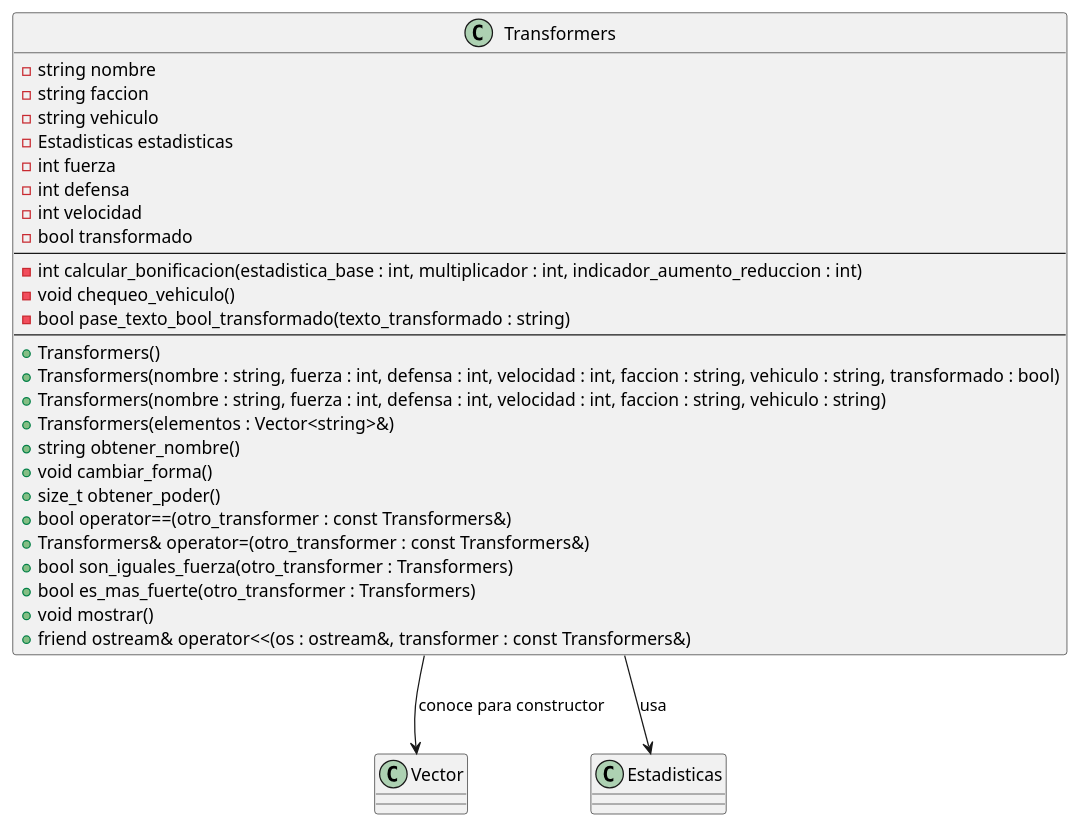
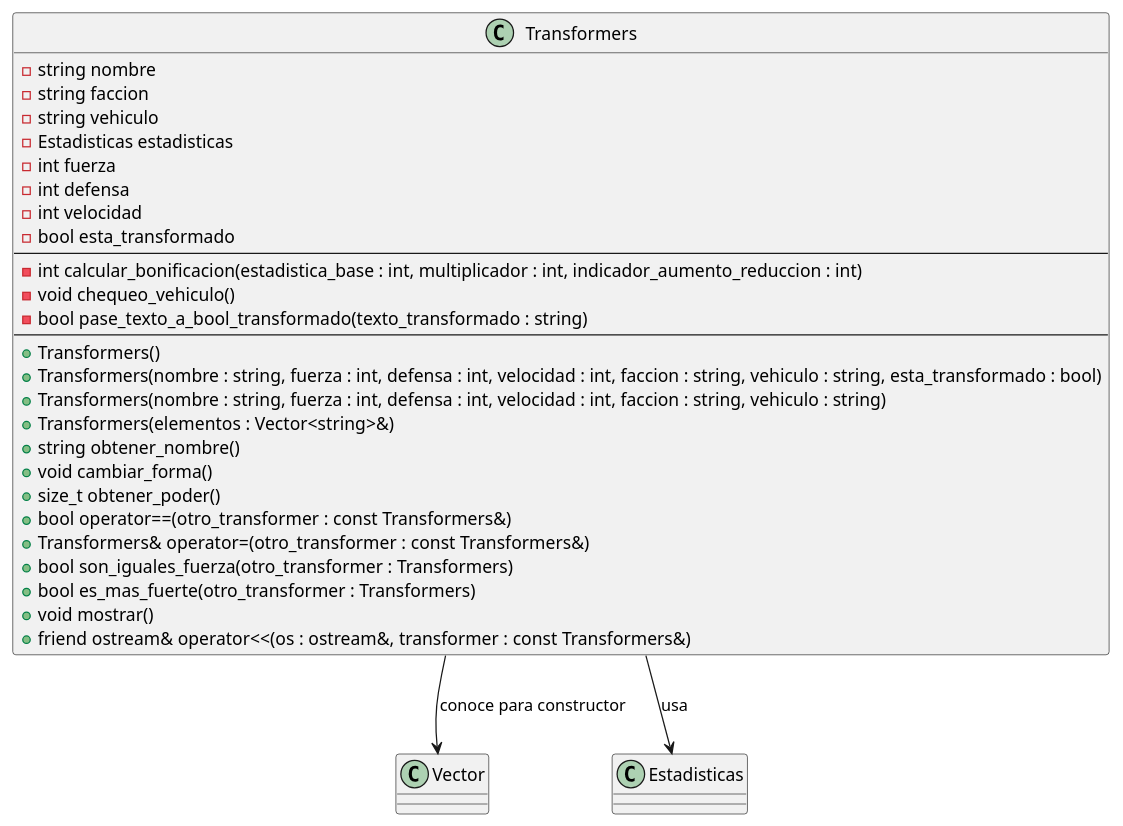
Before and after one commit to guillsil/Transformers-Game: the diagram in Diagramas-UML/Transformers.puml, drawn with PlantUML. The commit also changed 1 other file, not shown here.

Commit message:
Cambiando nombre bool transformado -> esta_transformado
Agregado comentarios y espaciado

```diff
--- a/Diagramas-UML/Transformers.puml
+++ b/Diagramas-UML/Transformers.puml
@@ -1,38 +1,38 @@
 @startuml
 'https://plantuml.com/class-diagram
 class Vector
 class Estadisticas
 
 class Transformers {
     - string nombre
     - string faccion
     - string vehiculo
     - Estadisticas estadisticas
     - int fuerza
     - int defensa
     - int velocidad
-    - bool transformado
+    - bool esta_transformado
     ---
     - int calcular_bonificacion(estadistica_base : int, multiplicador : int, indicador_aumento_reduccion : int)
     - void chequeo_vehiculo()
-    - bool pase_texto_bool_transformado(texto_transformado : string)
+    - bool pase_texto_a_bool_transformado(texto_transformado : string)
     ---
     + Transformers()
-    + Transformers(nombre : string, fuerza : int, defensa : int, velocidad : int, faccion : string, vehiculo : string, transformado : bool)
+    + Transformers(nombre : string, fuerza : int, defensa : int, velocidad : int, faccion : string, vehiculo : string, esta_transformado : bool)
     + Transformers(nombre : string, fuerza : int, defensa : int, velocidad : int, faccion : string, vehiculo : string)
     + Transformers(elementos : Vector<string>&)
     + string obtener_nombre()
     + void cambiar_forma()
     + size_t obtener_poder()
     + bool operator==(otro_transformer : const Transformers&)
     + Transformers& operator=(otro_transformer : const Transformers&)
     + bool son_iguales_fuerza(otro_transformer : Transformers)
     + bool es_mas_fuerte(otro_transformer : Transformers)
     + void mostrar()
     + friend ostream& operator<<(os : ostream&, transformer : const Transformers&)
 }
 
 ' Relaciones
 Transformers --> Vector : "conoce para constructor"
 Transformers --> Estadisticas : "usa"
 @enduml
```
